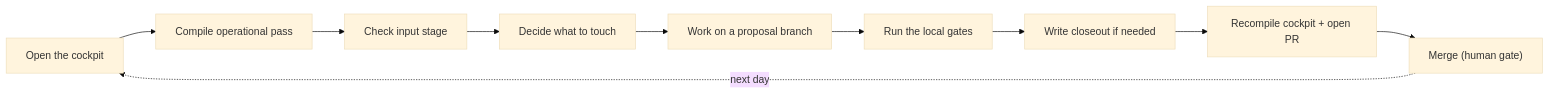
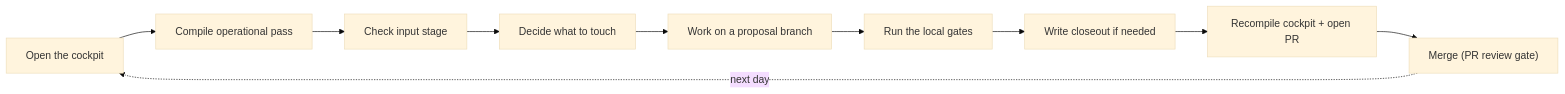
Before and after one commit to kimlage/wiki-viva-kit: the diagram in memories/system/wiki/daily-operation.md, drawn with Mermaid (base theme). The commit also changed other lines of this file and 34 other files, not shown here.

````diff
--- a/memories/system/wiki/daily-operation.md
+++ b/memories/system/wiki/daily-operation.md
@@ -69,12 +69,12 @@
 ```mermaid
 flowchart LR
     cockpit["Open the cockpit"] --> pass["Compile operational pass"]
     pass --> stage["Check input stage"]
     stage --> decide["Decide what to touch"]
     decide --> branch["Work on a proposal branch"]
     branch --> gates["Run the local gates"]
     gates --> closeout["Write closeout if needed"]
     closeout --> ship["Recompile cockpit + open PR"]
-    ship --> merge["Merge (human gate)"]
+    ship --> merge["Merge (PR review gate)"]
     merge -. next day .-> cockpit
 ```
````
